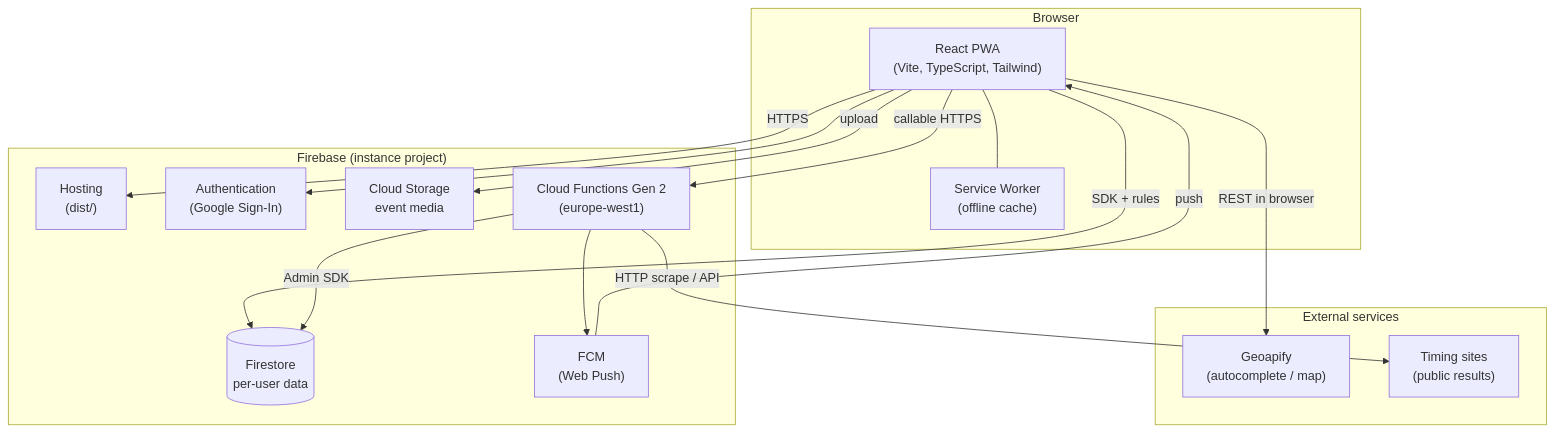
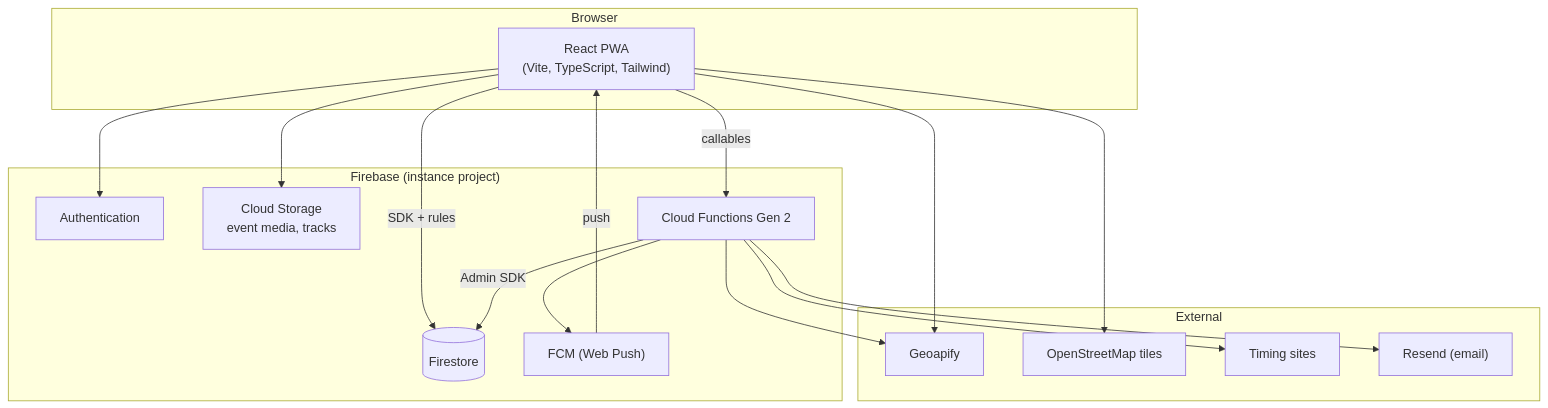
Before and after one commit to Seven-Panda-Labs/queima-asfalto: the diagram in docs/architecture.md, drawn with Mermaid. The commit also changed other lines of this file and 32 other files, not shown here.

````diff
--- a/docs/architecture.md
+++ b/docs/architecture.md
@@ -251,33 +5,33 @@
 ```mermaid
 flowchart TB
-  subgraph Browser["Browser"]
+  subgraph Browser
     PWA["React PWA<br/>(Vite, TypeScript, Tailwind)"]
-    SW["Service Worker<br/>(offline cache)"]
-    PWA --- SW
   end
 
   subgraph Firebase["Firebase (instance project)"]
-    HOST["Hosting<br/>(dist/)"]
-    AUTH["Authentication<br/>(Google Sign-In)"]
-    FS[("Firestore<br/>per-user data")]
-    STG["Cloud Storage<br/>event media"]
-    CF["Cloud Functions Gen 2<br/>(europe-west1)"]
-    FCM["FCM<br/>(Web Push)"]
+    AUTH["Authentication"]
+    FS[("Firestore")]
+    STG["Cloud Storage<br/>event media, tracks"]
+    CF["Cloud Functions Gen 2"]
+    FCM["FCM (Web Push)"]
   end
 
-  subgraph External["External services"]
-    GEO["Geoapify<br/>(autocomplete / map)"]
-    TIMING["Timing sites<br/>(public results)"]
+  subgraph External
+    GEO["Geoapify"]
+    OSM["OpenStreetMap tiles"]
+    TIMING["Timing sites"]
+    RESEND["Resend (email)"]
   end
 
-  PWA -->|HTTPS| HOST
   PWA --> AUTH
   PWA -->|SDK + rules| FS
-  PWA -->|upload| STG
-  PWA -->|callable HTTPS| CF
-  PWA -->|REST in browser| GEO
+  PWA --> STG
+  PWA -->|callables| CF
+  PWA --> GEO
+  PWA --> OSM
   CF -->|Admin SDK| FS
-  CF -->|HTTP scrape / API| TIMING
-  CF --> FCM
-  FCM -->|push| PWA
+  CF --> TIMING
+  CF --> GEO
+  CF --> RESEND
+  CF --> FCM -->|push| PWA
 ```
````
